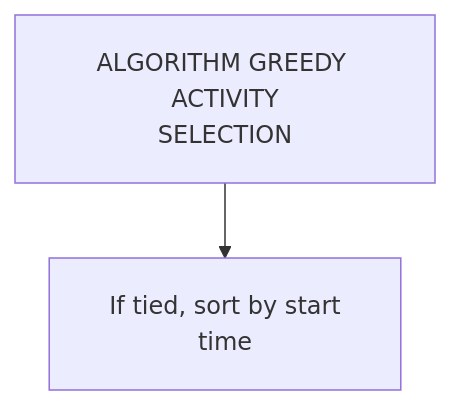
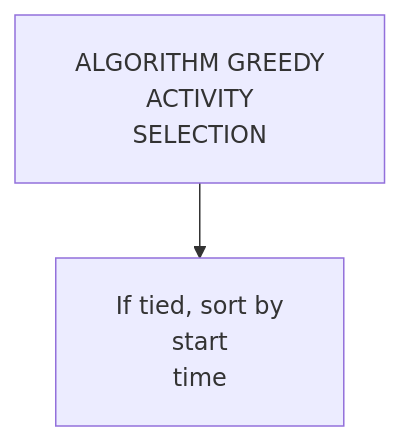
One commit to dip4k/DSA_102 changed the second of 4 diagrams in week_12_greedy_and_paradigms/WEEK_12_FULL_PLAYBOOK.md. Above: the diagram before and after it, drawn with Mermaid. The commit also changed other lines of this file and 106 other files, not shown here.

First line of the commit message:
fix(mermaid): prevent text clipping with foreignObject overflow and tighter line wrapping

````diff
--- a/week_12_greedy_and_paradigms/WEEK_12_FULL_PLAYBOOK.md
+++ b/week_12_greedy_and_paradigms/WEEK_12_FULL_PLAYBOOK.md
@@ -552,6 +552,6 @@
 ```mermaid
-%%{init: {"flowchart": {"htmlLabels": true, "padding": 20}}}%%
+%%{init: {"flowchart": {"htmlLabels": true, "padding": 20}, "themeCSS": "foreignObject { overflow: visible !important; }"}}%%
 flowchart TD
-    R["ALGORITHM GREEDY ACTIVITY<br/>SELECTION"]
-    R --> N1["If tied, sort by start<br/>time"]
+    R["ALGORITHM GREEDY<br/>ACTIVITY<br/>SELECTION"]
+    R --> N1["If tied, sort by<br/>start<br/>time"]
 ```
````
